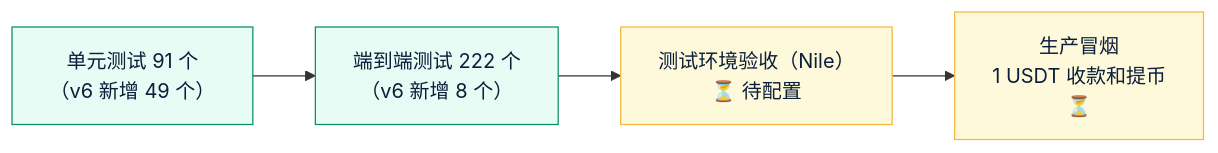
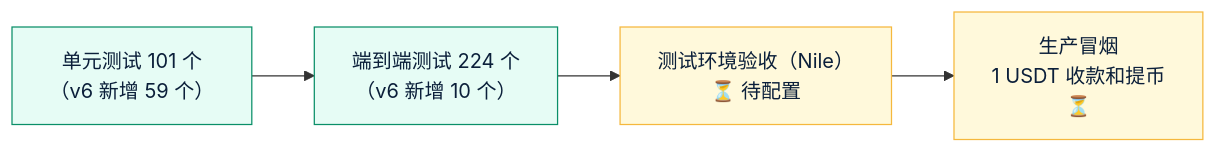
The diagram in 测试报告/v6-测试报告.md (dollar3651314/amos111), drawn with Mermaid before and after one commit. The commit also changed other lines of this file and 14 other files, not shown here.

````diff
--- a/测试报告/v6-测试报告.md
+++ b/测试报告/v6-测试报告.md
@@ -10,11 +10,11 @@
 ```mermaid
 flowchart LR
-    U["单元测试 91 个<br/>（v6 新增 49 个）"] --> E["端到端测试 222 个<br/>（v6 新增 8 个）"]
+    U["单元测试 101 个<br/>（v6 新增 59 个）"] --> E["端到端测试 224 个<br/>（v6 新增 10 个）"]
     E --> S["测试环境验收（Nile）<br/>⏳ 待配置"]
     S --> P["生产冒烟<br/>1 USDT 收款和提币<br/>⏳"]
 
     classDef ok fill:#E6FCF5,stroke:#0A8F68,color:#0B1F3A
     classDef wait fill:#FFF9DB,stroke:#F5B83D,color:#0B1F3A
     class U,E ok
     class S,P wait
 ```
````
